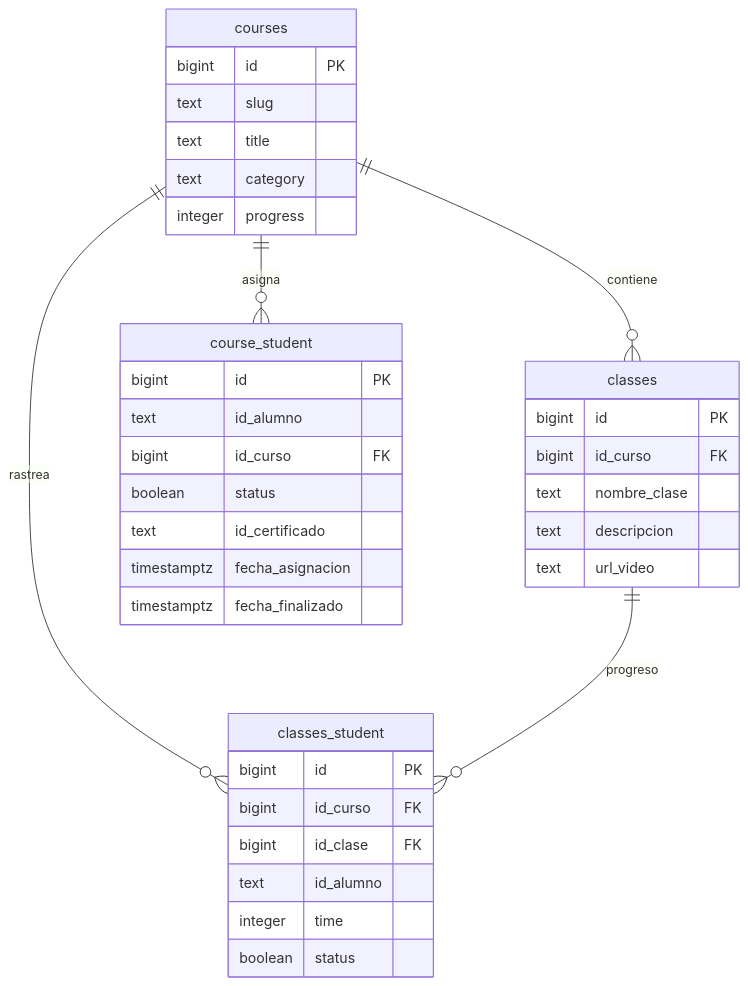
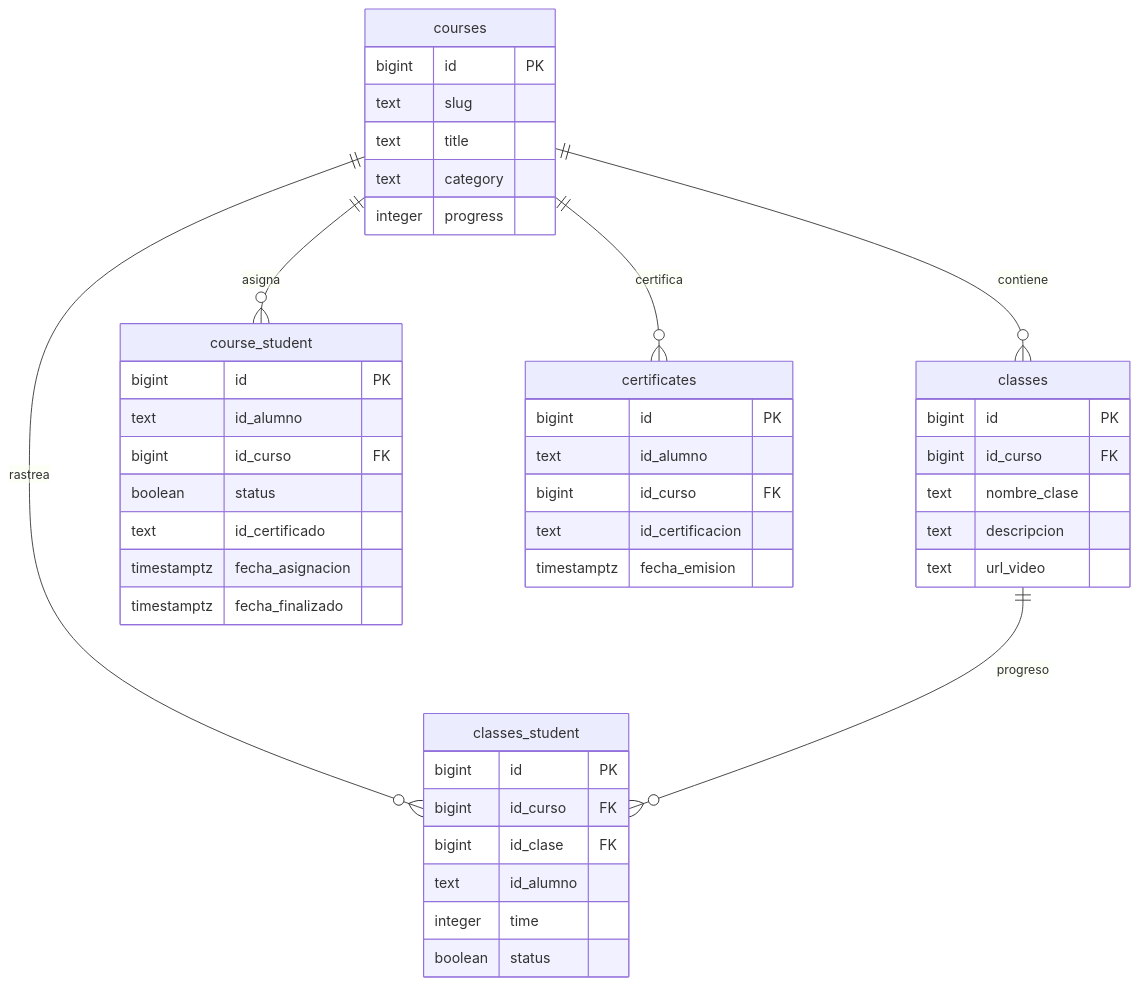
The first of 2 diagrams in docs/course-student-flow.md (samuelcastillogt/elearnibgAPI), drawn with Mermaid before and after one commit. The commit also changed other lines of this file and 3 other files, not shown here.

````diff
--- a/docs/course-student-flow.md
+++ b/docs/course-student-flow.md
@@ -7,42 +7,51 @@
 ```mermaid
 erDiagram
   courses ||--o{ classes : contiene
   courses ||--o{ course_student : asigna
   courses ||--o{ classes_student : rastrea
+  courses ||--o{ certificates : certifica
   classes ||--o{ classes_student : progreso
 
   courses {
     bigint id PK
     text slug
     text title
     text category
     integer progress
   }
 
   classes {
     bigint id PK
     bigint id_curso FK
     text nombre_clase
     text descripcion
     text url_video
   }
 
   course_student {
     bigint id PK
     text id_alumno
     bigint id_curso FK
     boolean status
     text id_certificado
     timestamptz fecha_asignacion
     timestamptz fecha_finalizado
   }
 
   classes_student {
     bigint id PK
     bigint id_curso FK
     bigint id_clase FK
     text id_alumno
     integer time
     boolean status
   }
+
+  certificates {
+    bigint id PK
+    text id_alumno
+    bigint id_curso FK
+    text id_certificacion
+    timestamptz fecha_emision
+  }
 ```
````
